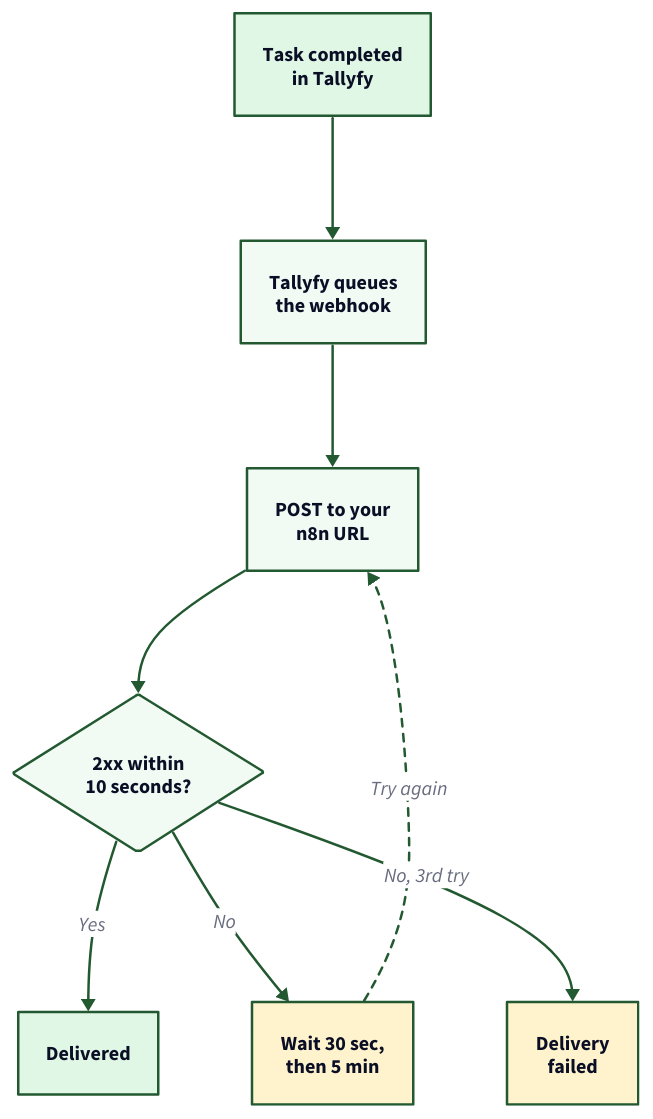
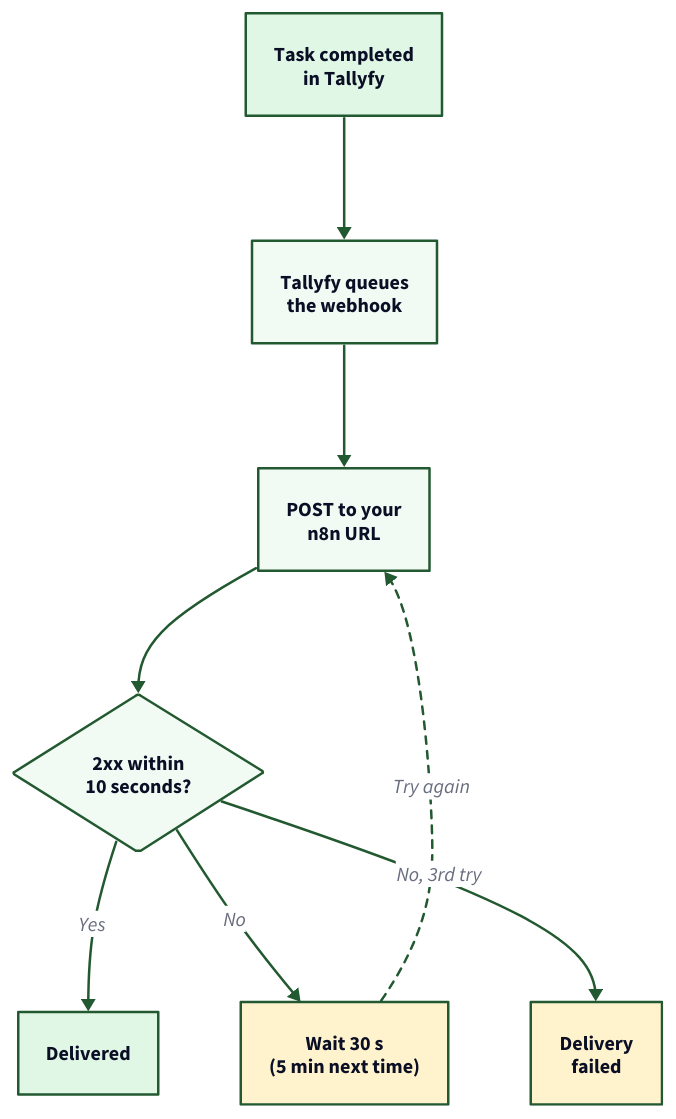
One commit to tallyfy/documentation changed the second of 2 diagrams in src/content/docs/pro/integrations/middleware/n8n/connecting-n8n-to-tallyfy.mdx. Above: the diagram before and after it, drawn with D2. The commit also changed other lines of this file and 9 other files, not shown here.

First line of the commit message:
Take the four diagram reviews' small fixes

````diff
--- a/src/content/docs/pro/integrations/middleware/n8n/connecting-n8n-to-tallyfy.mdx
+++ b/src/content/docs/pro/integrations/middleware/n8n/connecting-n8n-to-tallyfy.mdx
@@ -274,63 +274,63 @@
 ```d2
 # How a Tallyfy event reaches n8n
 direction: down
 
 Event: "Task completed\nin Tallyfy" {
   style.fill: "#e1f7e6"
   style.stroke: "#225930"
 }
 
 Queue: "Tallyfy queues\nthe webhook" {
   style.fill: "#f2faf4"
   style.stroke: "#225930"
 }
 
 Post: "POST to your\nn8n URL" {
   style.fill: "#f2faf4"
   style.stroke: "#225930"
 }
 
 Check: "2xx within\n10 seconds?" {
   shape: diamond
   style.fill: "#f2faf4"
   style.stroke: "#225930"
 }
 
 Done: "Delivered" {
   style.fill: "#e1f7e6"
   style.stroke: "#225930"
 }
 
-Retry: "Wait 30 sec,\nthen 5 min" {
+Retry: "Wait 30 s\n(5 min next time)" {
   style.fill: "#fff3cd"
   style.stroke: "#225930"
 }
 
 Fail: "Delivery\nfailed" {
   style.fill: "#fff3cd"
   style.stroke: "#225930"
 }
 
 Event -> Queue: {
   style.stroke: "#225930"
 }
 Queue -> Post: {
   style.stroke: "#225930"
 }
 Post -> Check: {
   style.stroke: "#225930"
 }
 Check -> Done: "Yes" {
   style.stroke: "#225930"
 }
 Check -> Retry: "No" {
   style.stroke: "#225930"
 }
 Retry -> Post: "Try again" {
   style.stroke: "#225930"
   style.stroke-dash: 3
 }
 Check -> Fail: "No, 3rd try" {
   style.stroke: "#225930"
 }
 ```
````
